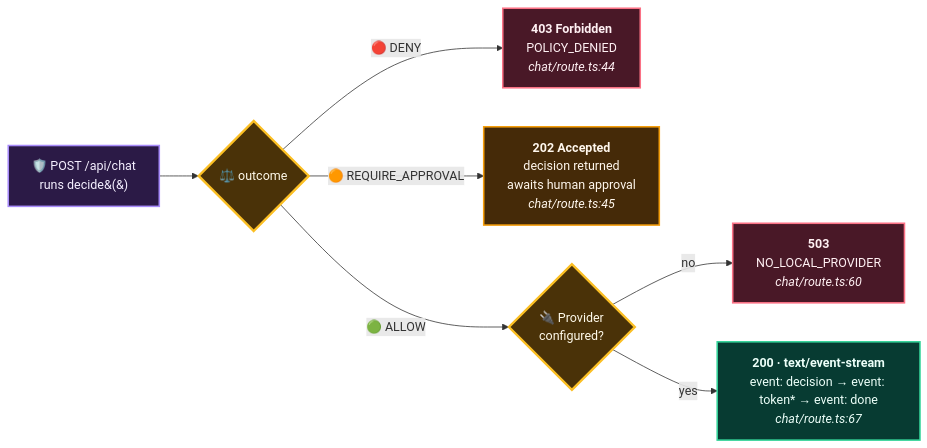
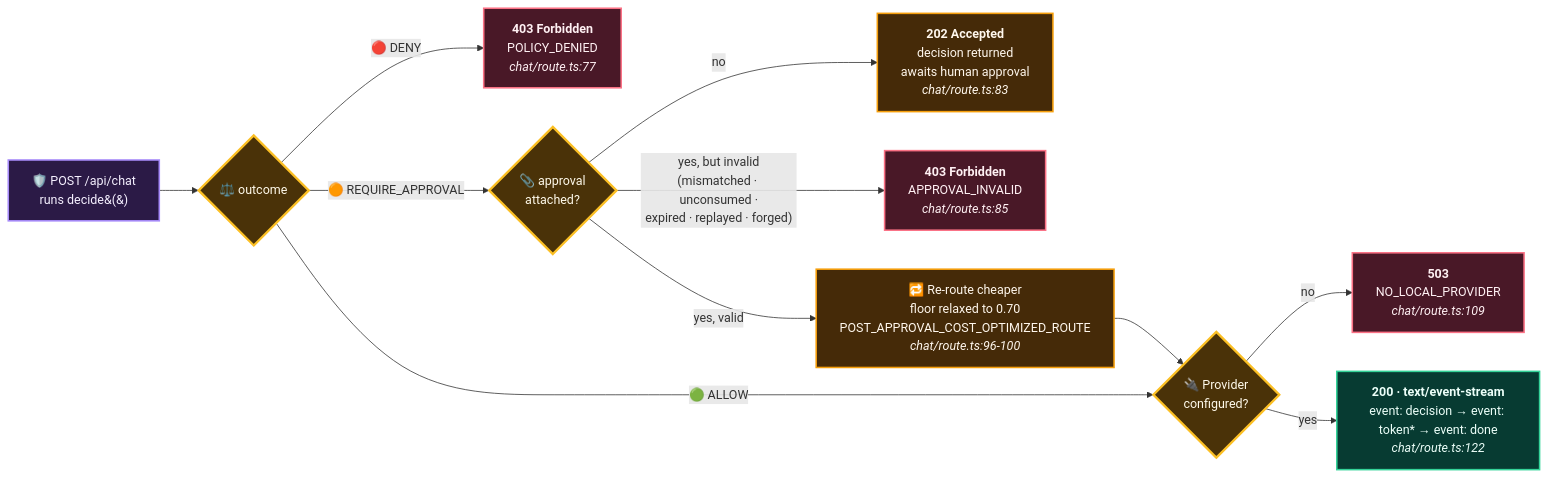
One commit to debster9755/sentinelforge changed the fifth of 9 diagrams in README.md. Above: the diagram before and after it, drawn with Mermaid. The commit also changed other lines of this file, not shown here.

First line of the commit message:
README: update decide(), /api/chat verdict, and demo script diagrams for approval reroute

````diff
--- a/README.md
+++ b/README.md
@@ -215,20 +218,24 @@
 ```mermaid
 flowchart LR
     C["🛡️ POST /api/chat<br/>runs decide&#40;&#41;"] --> V{"⚖️ outcome"}
-    V -- "🔴 DENY" --> D["<b>403 Forbidden</b><br/>POLICY_DENIED<br/><i>chat/route.ts:44</i>"]
-    V -- "🟠 REQUIRE_APPROVAL" --> A["<b>202 Accepted</b><br/>decision returned<br/>awaits human approval<br/><i>chat/route.ts:45</i>"]
+    V -- "🔴 DENY" --> D["<b>403 Forbidden</b><br/>POLICY_DENIED<br/><i>chat/route.ts:77</i>"]
+    V -- "🟠 REQUIRE_APPROVAL" --> AP{"📎 approval<br/>attached?"}
+    AP -- "no" --> A["<b>202 Accepted</b><br/>decision returned<br/>awaits human approval<br/><i>chat/route.ts:83</i>"]
+    AP -- "yes, but invalid<br/>(mismatched · unconsumed ·<br/>expired · replayed · forged)" --> AI["<b>403 Forbidden</b><br/>APPROVAL_INVALID<br/><i>chat/route.ts:85</i>"]
+    AP -- "yes, valid" --> RR["🔁 Re-route cheaper<br/>floor relaxed to 0.70<br/>POST_APPROVAL_COST_OPTIMIZED_ROUTE<br/><i>chat/route.ts:96-100</i>"]
+    RR --> R
     V -- "🟢 ALLOW" --> R{"🔌 Provider<br/>configured?"}
-    R -- "no" --> N["<b>503</b><br/>NO_LOCAL_PROVIDER<br/><i>chat/route.ts:60</i>"]
-    R -- "yes" --> S["<b>200 · text/event-stream</b><br/>event: decision → event: token* → event: done<br/><i>chat/route.ts:67</i>"]
+    R -- "no" --> N["<b>503</b><br/>NO_LOCAL_PROVIDER<br/><i>chat/route.ts:109</i>"]
+    R -- "yes" --> S["<b>200 · text/event-stream</b><br/>event: decision → event: token* → event: done<br/><i>chat/route.ts:122</i>"]
 
     classDef head fill:#2b1a46,stroke:#a78bfa,color:#f5f0ff,stroke-width:2px;
     classDef gate fill:#4a3208,stroke:#fbbf24,color:#fffaeb,stroke-width:3px;
     classDef danger fill:#491827,stroke:#fb7185,color:#fff0f3,stroke-width:2px;
     classDef amber fill:#452a08,stroke:#f59e0b,color:#fff7ed,stroke-width:2px;
     classDef success fill:#073b32,stroke:#34d399,color:#ecfff9,stroke-width:2px;
     class C head;
-    class V,R gate;
-    class D,N danger;
-    class A amber;
+    class V,R,AP gate;
+    class D,N,AI danger;
+    class A,RR amber;
     class S success;
 ```
````
